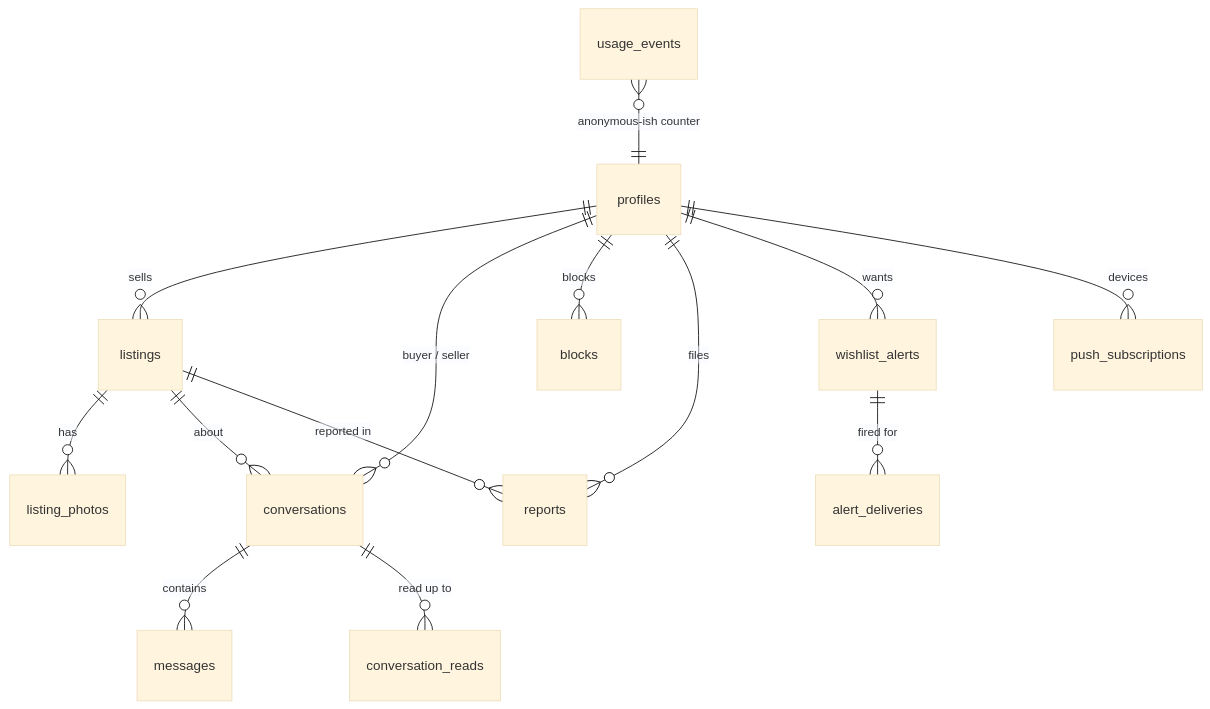
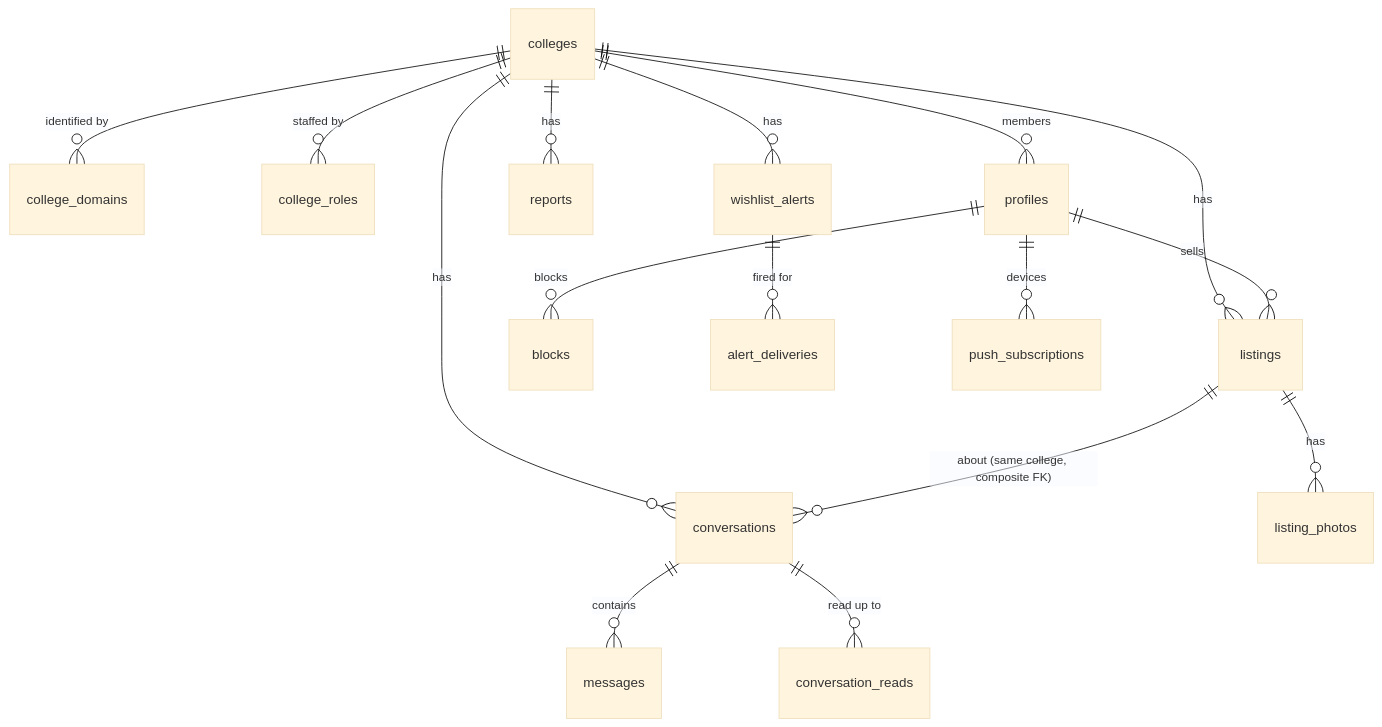
One commit to Devkeerthi-code/handmedown changed the second of 2 diagrams in README.md. Above: the diagram before and after it, drawn with Mermaid (base theme). The commit also changed other lines of this file, not shown here.

Commit message:
docs: document multi-tenancy design and update architecture

````diff
--- a/README.md
+++ b/README.md
@@ -109,16 +121,18 @@
 ```mermaid
 erDiagram
+  colleges ||--o{ college_domains : "identified by"
+  colleges ||--o{ college_roles : "staffed by"
+  colleges ||--o{ profiles : "members"
+  colleges ||--o{ listings : "has"
+  colleges ||--o{ conversations : "has"
+  colleges ||--o{ reports : "has"
+  colleges ||--o{ wishlist_alerts : "has"
   profiles ||--o{ listings : sells
   listings ||--o{ listing_photos : has
-  listings ||--o{ conversations : about
-  profiles ||--o{ conversations : "buyer / seller"
+  listings ||--o{ conversations : "about (same college, composite FK)"
   conversations ||--o{ messages : contains
   conversations ||--o{ conversation_reads : "read up to"
-  profiles ||--o{ blocks : "blocks"
-  profiles ||--o{ reports : files
-  listings ||--o{ reports : "reported in"
-  profiles ||--o{ wishlist_alerts : wants
+  profiles ||--o{ blocks : blocks
   wishlist_alerts ||--o{ alert_deliveries : "fired for"
   profiles ||--o{ push_subscriptions : devices
-  usage_events }o--|| profiles : "anonymous-ish counter"
 ```
````
